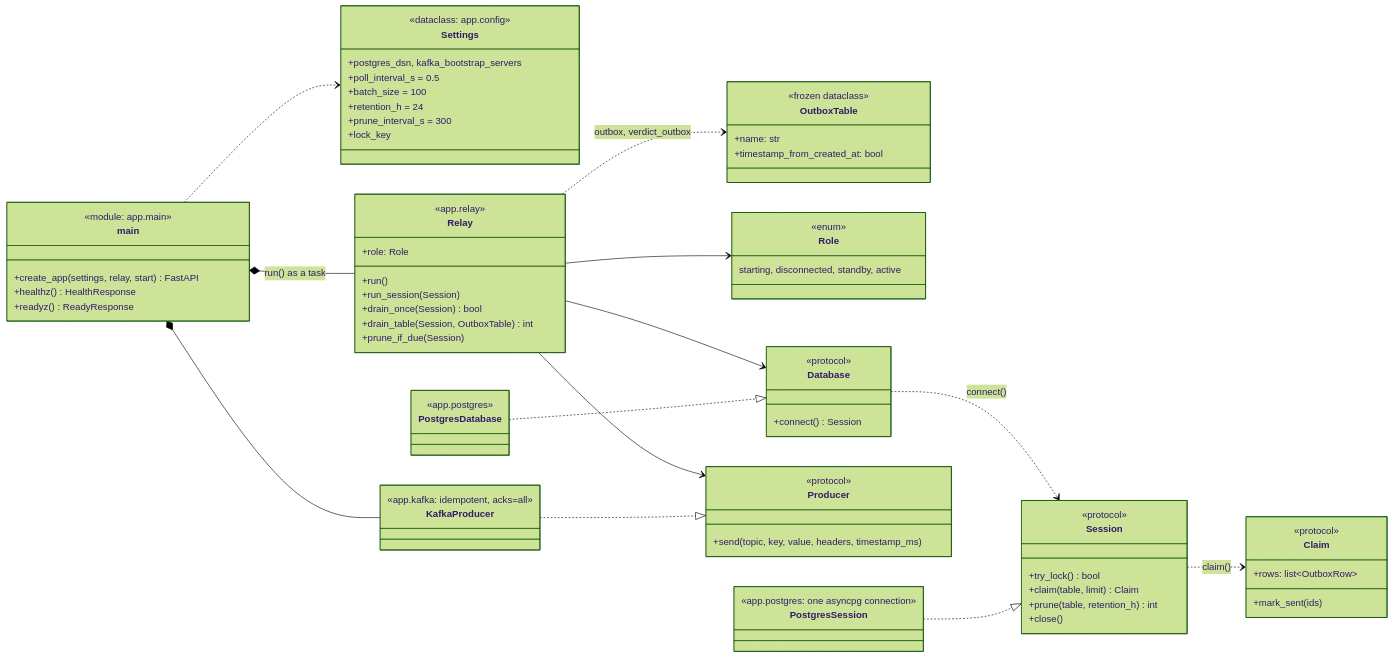
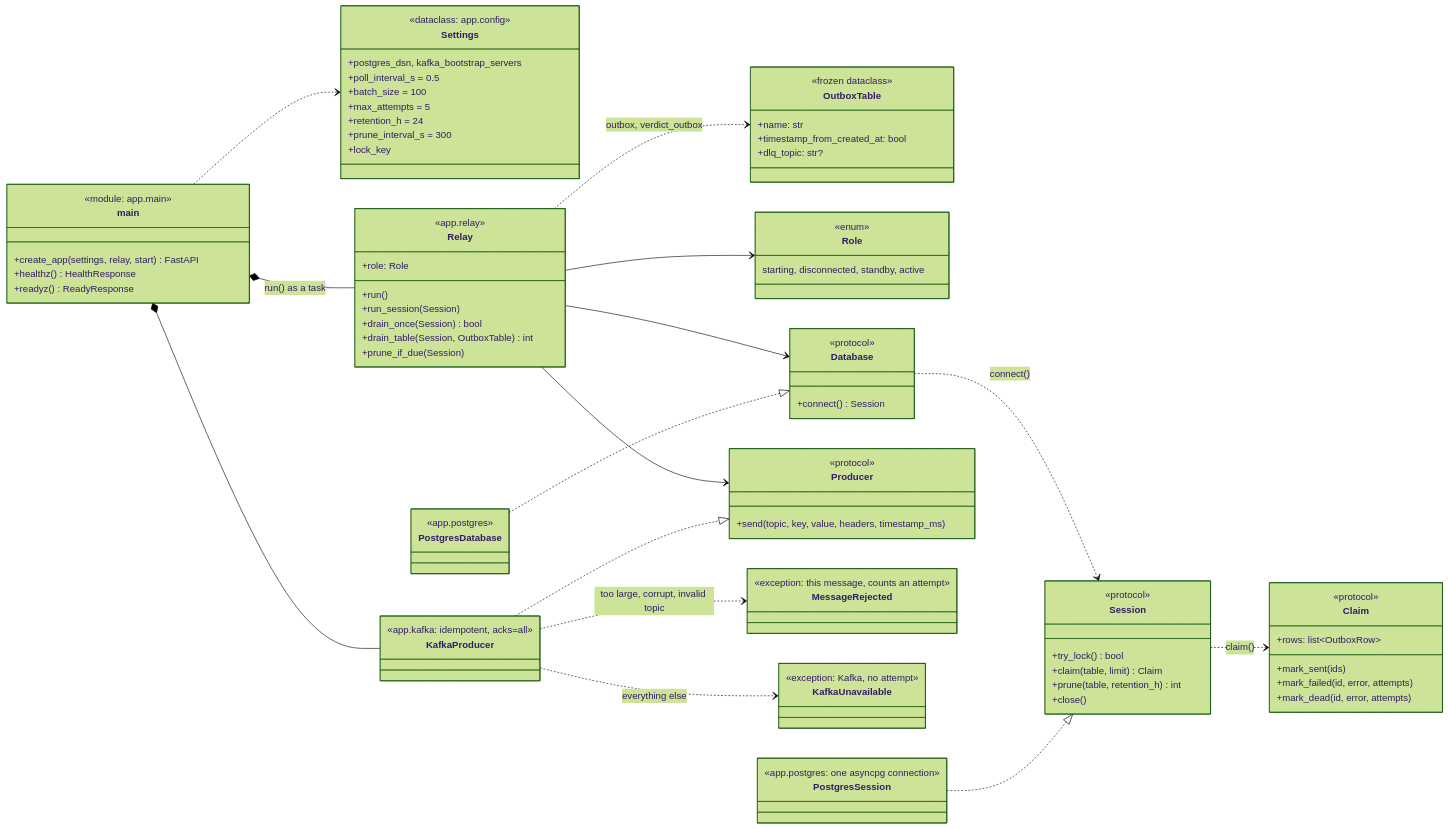
The diagram in backend/workers/outbox-relay/CLASS_DIAGRAM.md (SrikanthArgp/agentic-platform), drawn with Mermaid (forest theme) before and after one commit. The commit also changed other lines of this file and 23 other files, not shown here.

````diff
--- a/backend/workers/outbox-relay/CLASS_DIAGRAM.md
+++ b/backend/workers/outbox-relay/CLASS_DIAGRAM.md
@@ -19,6 +20,7 @@
         +postgres_dsn, kafka_bootstrap_servers
         +poll_interval_s = 0.5
         +batch_size = 100
+        +max_attempts = 5
         +retention_h = 24
         +prune_interval_s = 300
         +lock_key
@@ -36,6 +38,7 @@
         <<frozen dataclass>>
         +name: str
         +timestamp_from_created_at: bool
+        +dlq_topic: str?
     }
     class Role {
         <<enum>>
@@ -56,10 +59,18 @@
         <<protocol>>
         +rows: list~OutboxRow~
         +mark_sent(ids)
+        +mark_failed(id, error, attempts)
+        +mark_dead(id, error, attempts)
     }
     class Producer {
         <<protocol>>
         +send(topic, key, value, headers, timestamp_ms)
+    }
+    class MessageRejected {
+        <<exception: this message, counts an attempt>>
+    }
+    class KafkaUnavailable {
+        <<exception: Kafka, no attempt>>
     }
     class PostgresDatabase {
         <<app.postgres>>
@@ -83,4 +94,6 @@
     PostgresDatabase ..|> Database
     PostgresSession ..|> Session
     KafkaProducer ..|> Producer
+    KafkaProducer ..> MessageRejected : too large, corrupt, invalid topic
+    KafkaProducer ..> KafkaUnavailable : everything else
 ```
````
